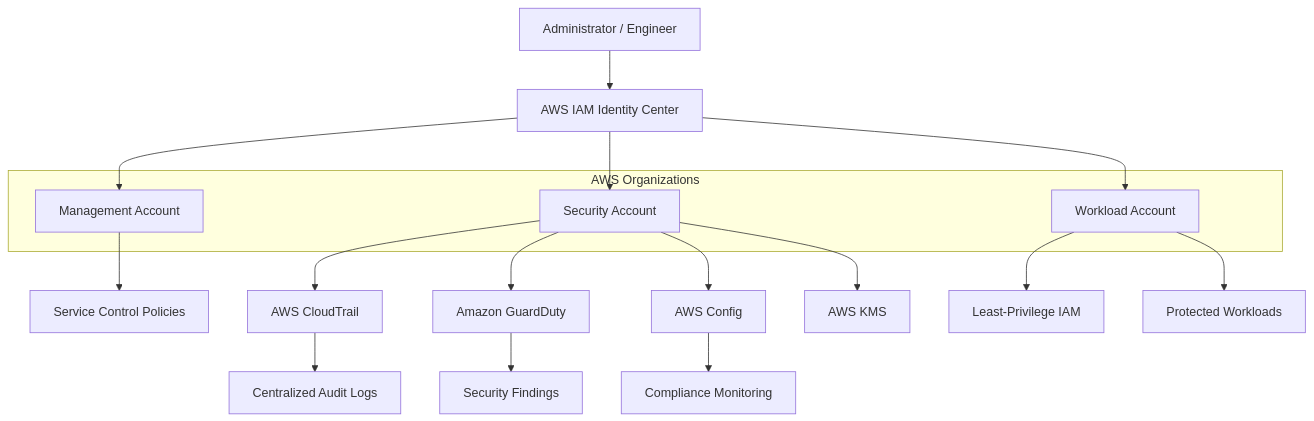
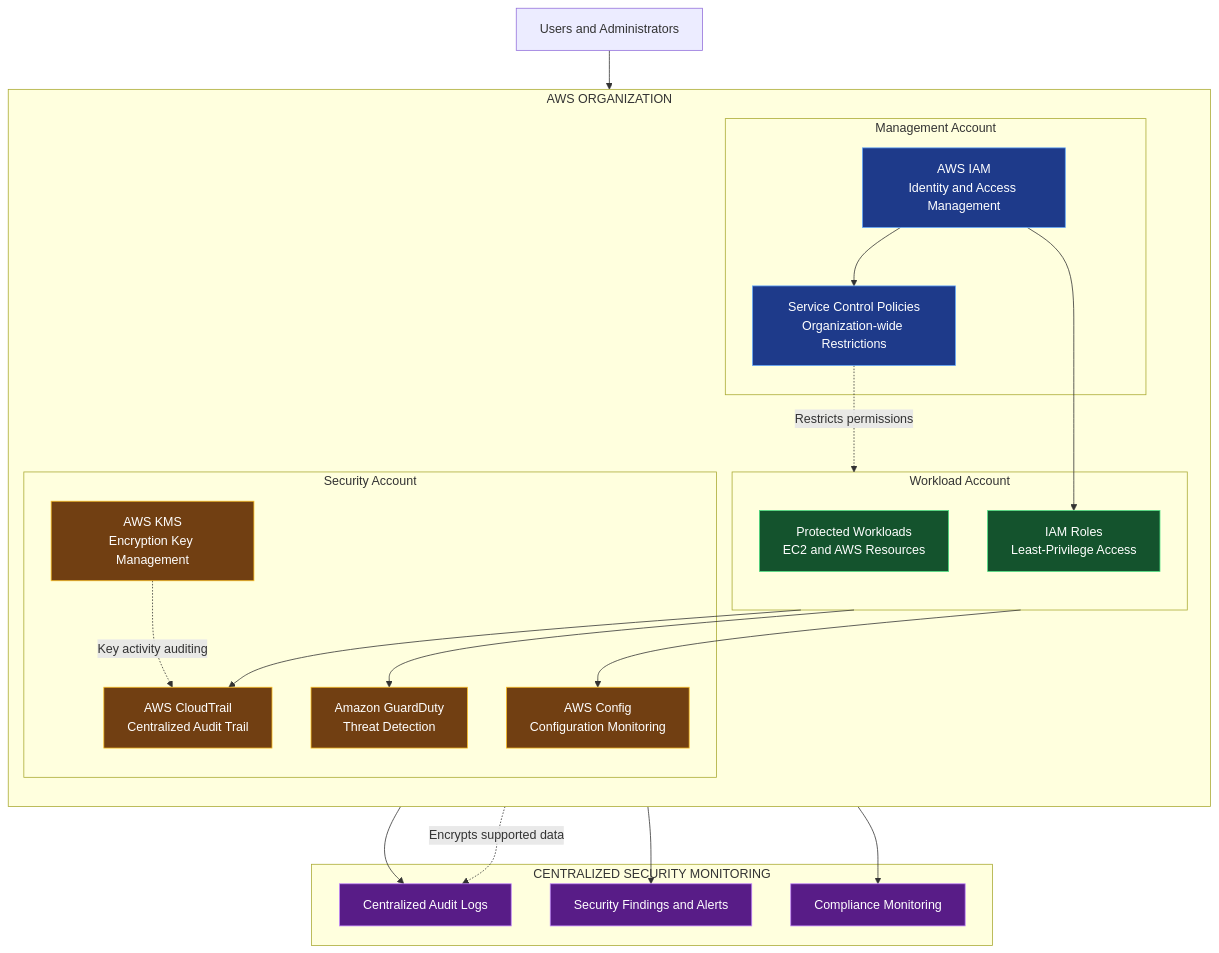
Before and after one commit to kirkCLOUD/fortress-aws-cloud-security: the diagram in architecture/architecture.mmd, drawn with Mermaid.

Commit message:
Upgrade FORTRESS architecture diagram

```diff
--- a/architecture/architecture.mmd
+++ b/architecture/architecture.mmd
@@ -1,27 +1,57 @@
 
 flowchart TB
-    U["Administrator / Engineer"]
-    I["AWS IAM Identity Center"]
 
-    subgraph ORG["AWS Organizations"]
-        M["Management Account"]
-        S["Security Account"]
-        W["Workload Account"]
+    USER["Users and Administrators"]
+
+    subgraph ORG["AWS ORGANIZATION"]
+        direction TB
+
+        subgraph MGMT["Management Account"]
+            IAM["AWS IAM<br/>Identity and Access Management"]
+            SCP["Service Control Policies<br/>Organization-wide Restrictions"]
+        end
+
+        subgraph SEC["Security Account"]
+            CT["AWS CloudTrail<br/>Centralized Audit Trail"]
+            GD["Amazon GuardDuty<br/>Threat Detection"]
+            CFG["AWS Config<br/>Configuration Monitoring"]
+            KMS["AWS KMS<br/>Encryption Key Management"]
+        end
+
+        subgraph WORK["Workload Account"]
+            APP["Protected Workloads<br/>EC2 and AWS Resources"]
+            WROLE["IAM Roles<br/>Least-Privilege Access"]
+        end
     end
 
-    U --> I
-    I --> M
-    I --> S
-    I --> W
+    subgraph MON["CENTRALIZED SECURITY MONITORING"]
+        LOG["Centralized Audit Logs"]
+        ALERT["Security Findings and Alerts"]
+        COM["Compliance Monitoring"]
+    end
 
-    M --> SCP["Service Control Policies"]
-    S --> CT["AWS CloudTrail"]
-    S --> GD["Amazon GuardDuty"]
-    S --> CFG["AWS Config"]
-    S --> KMS["AWS KMS"]
-    W --> IAM["Least-Privilege IAM"]
-    W --> APP["Protected Workloads"]
+    USER --> IAM
+    IAM --> WROLE
+    IAM --> SCP
+    SCP -. "Restricts permissions" .-> WORK
 
-    CT --> LOG["Centralized Audit Logs"]
-    GD --> ALERT["Security Findings"]
-    CFG --> COM["Compliance Monitoring"]
+    WORK --> CT
+    WORK --> GD
+    WORK --> CFG
+
+    CT --> LOG
+    GD --> ALERT
+    CFG --> COM
+
+    KMS -. "Encrypts supported data" .-> LOG
+    KMS -. "Key activity auditing" .-> CT
+
+    classDef identity fill:#1e3a8a,color:#fff,stroke:#60a5fa
+    classDef security fill:#713f12,color:#fff,stroke:#fbbf24
+    classDef workload fill:#14532d,color:#fff,stroke:#4ade80
+    classDef monitoring fill:#581c87,color:#fff,stroke:#c084fc
+
+    class IAM,SCP identity
+    class CT,GD,CFG,KMS security
+    class APP,WROLE workload
+    class LOG,ALERT,COM monitoring
```
